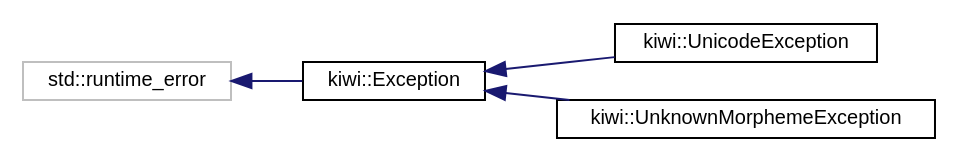
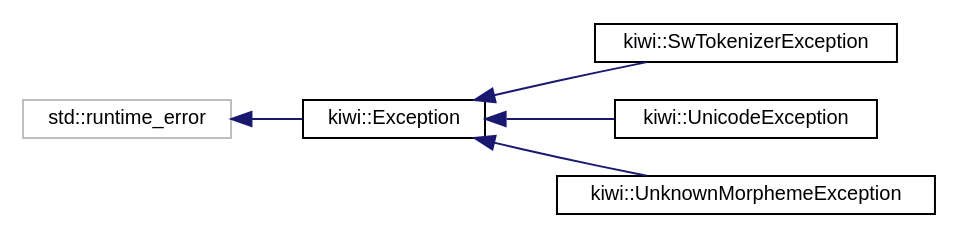
One commit to bab2min/Kiwi changed the diagram in inherit_graph_13.dot. Above: the diagram before and after it, drawn with Graphviz. The commit also changed 104 other files, not shown here.

```diff
--- a/inherit_graph_13.dot
+++ b/inherit_graph_13.dot
@@ -1,14 +1,16 @@
 digraph "Graphical Class Hierarchy"
 {
  // LATEX_PDF_SIZE
   edge [fontname="Helvetica",fontsize="10",labelfontname="Helvetica",labelfontsize="10"];
   node [fontname="Helvetica",fontsize="10",shape=record];
   rankdir="LR";
   Node87 [label="std::runtime_error",height=0.2,width=0.4,color="grey75", fillcolor="white", style="filled",tooltip=" "];
   Node87 -> Node0 [dir="back",color="midnightblue",fontsize="10",style="solid",fontname="Helvetica"];
   Node0 [label="kiwi::Exception",height=0.2,width=0.4,color="black", fillcolor="white", style="filled",URL="$classkiwi_1_1Exception.html",tooltip=" "];
   Node0 -> Node1 [dir="back",color="midnightblue",fontsize="10",style="solid",fontname="Helvetica"];
-  Node1 [label="kiwi::UnicodeException",height=0.2,width=0.4,color="black", fillcolor="white", style="filled",URL="$classkiwi_1_1UnicodeException.html",tooltip=" "];
+  Node1 [label="kiwi::SwTokenizerException",height=0.2,width=0.4,color="black", fillcolor="white", style="filled",URL="$classkiwi_1_1SwTokenizerException.html",tooltip=" "];
   Node0 -> Node2 [dir="back",color="midnightblue",fontsize="10",style="solid",fontname="Helvetica"];
-  Node2 [label="kiwi::UnknownMorphemeException",height=0.2,width=0.4,color="black", fillcolor="white", style="filled",URL="$classkiwi_1_1UnknownMorphemeException.html",tooltip=" "];
+  Node2 [label="kiwi::UnicodeException",height=0.2,width=0.4,color="black", fillcolor="white", style="filled",URL="$classkiwi_1_1UnicodeException.html",tooltip=" "];
+  Node0 -> Node3 [dir="back",color="midnightblue",fontsize="10",style="solid",fontname="Helvetica"];
+  Node3 [label="kiwi::UnknownMorphemeException",height=0.2,width=0.4,color="black", fillcolor="white", style="filled",URL="$classkiwi_1_1UnknownMorphemeException.html",tooltip=" "];
 }
```
